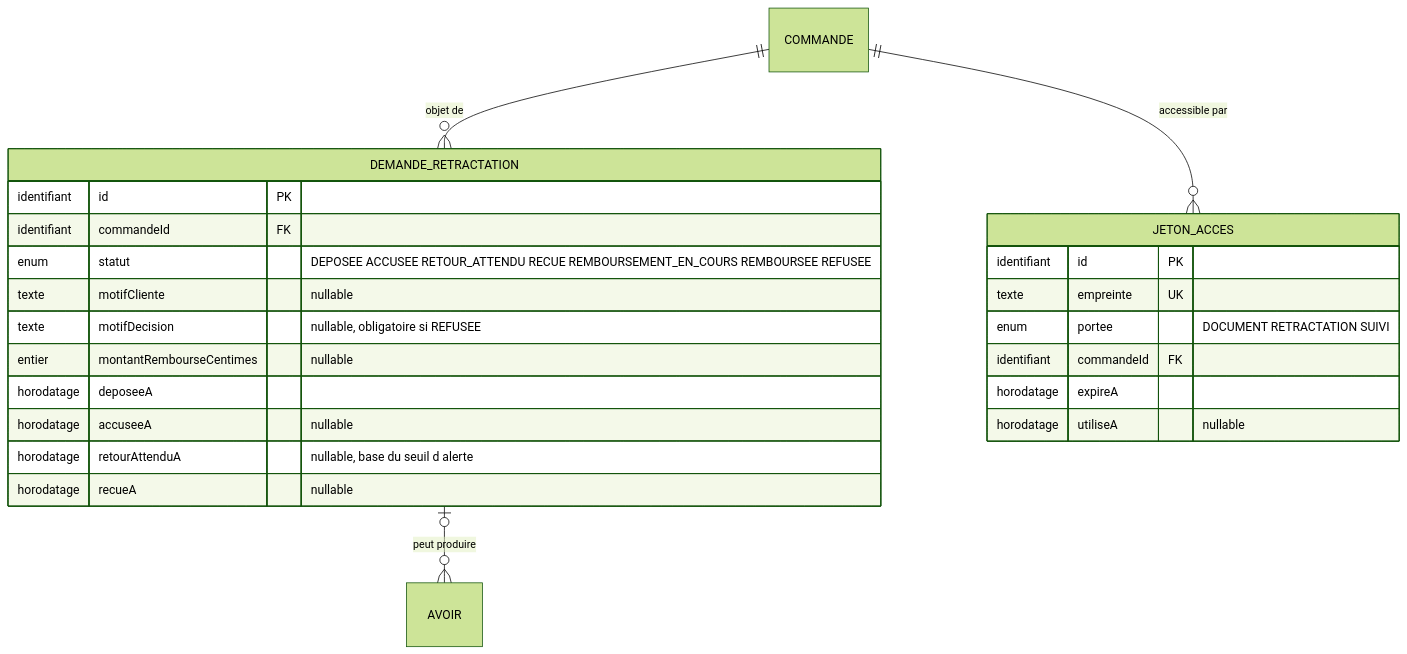
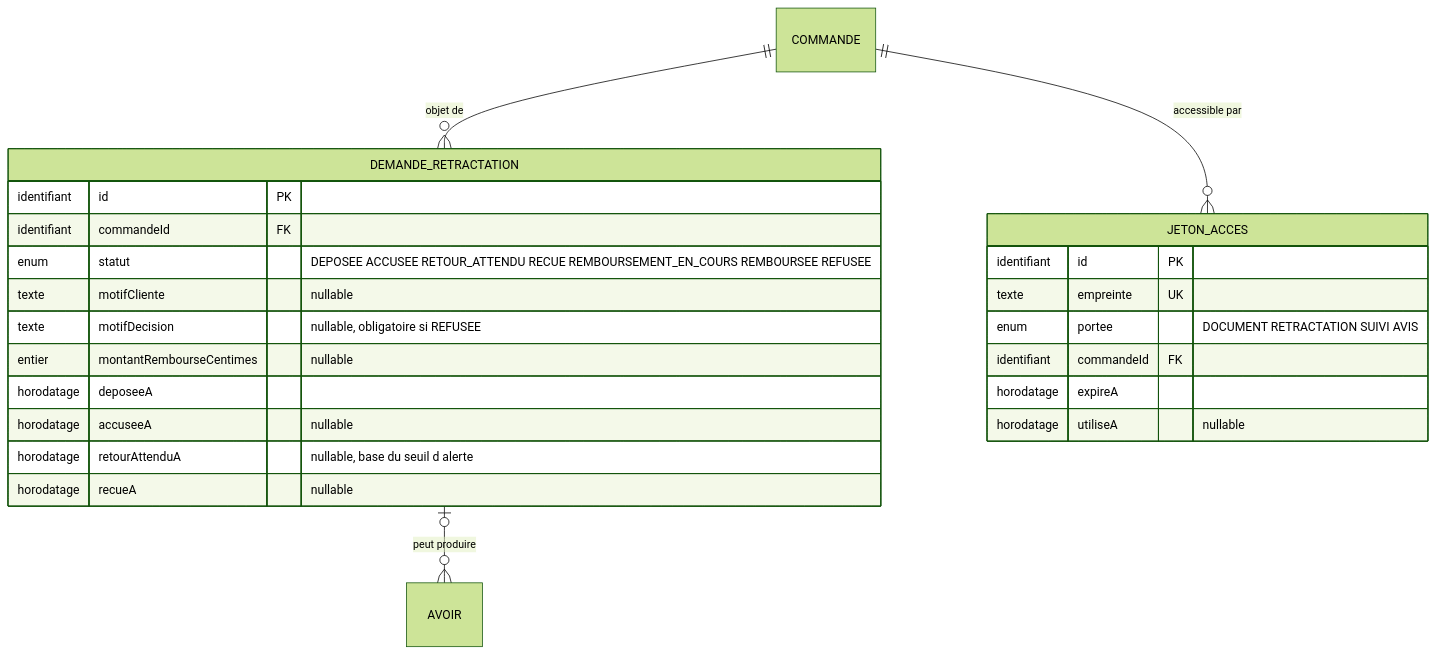
One commit to krismos64/lune-soleil changed the seventh of 9 diagrams in docs/architecture/MODELE-CONCEPTUEL.md. Above: the diagram before and after it, drawn with Mermaid (forest theme). The commit also changed other lines of this file and 2 other files, not shown here.

First line of the commit message:
docs: LS-37, avis et carnet d'adresses dans le modele conceptuel

````diff
--- a/docs/architecture/MODELE-CONCEPTUEL.md
+++ b/docs/architecture/MODELE-CONCEPTUEL.md
@@ -577,27 +668,27 @@
 ```mermaid
 erDiagram
     COMMANDE ||--o{ DEMANDE_RETRACTATION : "objet de"
     COMMANDE ||--o{ JETON_ACCES : "accessible par"
     DEMANDE_RETRACTATION |o--o{ AVOIR : "peut produire"
 
     DEMANDE_RETRACTATION {
         identifiant id PK
         identifiant commandeId FK
         enum statut "DEPOSEE ACCUSEE RETOUR_ATTENDU RECUE REMBOURSEMENT_EN_COURS REMBOURSEE REFUSEE"
         texte motifCliente "nullable"
         texte motifDecision "nullable, obligatoire si REFUSEE"
         entier montantRembourseCentimes "nullable"
         horodatage deposeeA
         horodatage accuseeA "nullable"
         horodatage retourAttenduA "nullable, base du seuil d alerte"
         horodatage recueA "nullable"
     }
     JETON_ACCES {
         identifiant id PK
         texte empreinte UK
-        enum portee "DOCUMENT RETRACTATION SUIVI"
+        enum portee "DOCUMENT RETRACTATION SUIVI AVIS"
         identifiant commandeId FK
         horodatage expireA
         horodatage utiliseA "nullable"
     }
 ```
````
